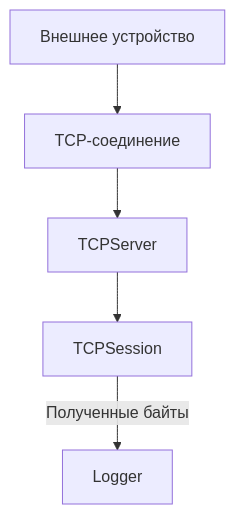
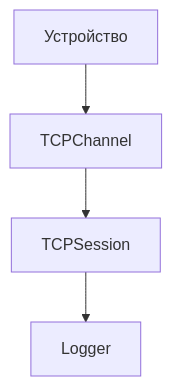
The third of 3 diagrams in docs/v0.0.2/tcp-server.md (SameUsers/HappyLaba), drawn with Mermaid before and after one commit. The commit also changed other lines of this file and 3 other files, not shown here.

````diff
--- a/docs/v0.0.2/tcp-server.md
+++ b/docs/v0.0.2/tcp-server.md
@@ -137,15 +163,15 @@
 ```mermaid
 flowchart TD
 
-    Device["Внешнее устройство"]
-    Connection["TCP-соединение"]
-    Server["TCPServer"]
+    Device["Устройство"]
+
+    Channel["TCPChannel"]
+
     Session["TCPSession"]
+
     Logger["Logger"]
 
-    Device --> Connection
-    Connection --> Server
-    Server --> Session
-    Session -->|Полученные байты| Logger
-
+    Device --> Channel
+    Channel --> Session
+    Session --> Logger
 ```
````
